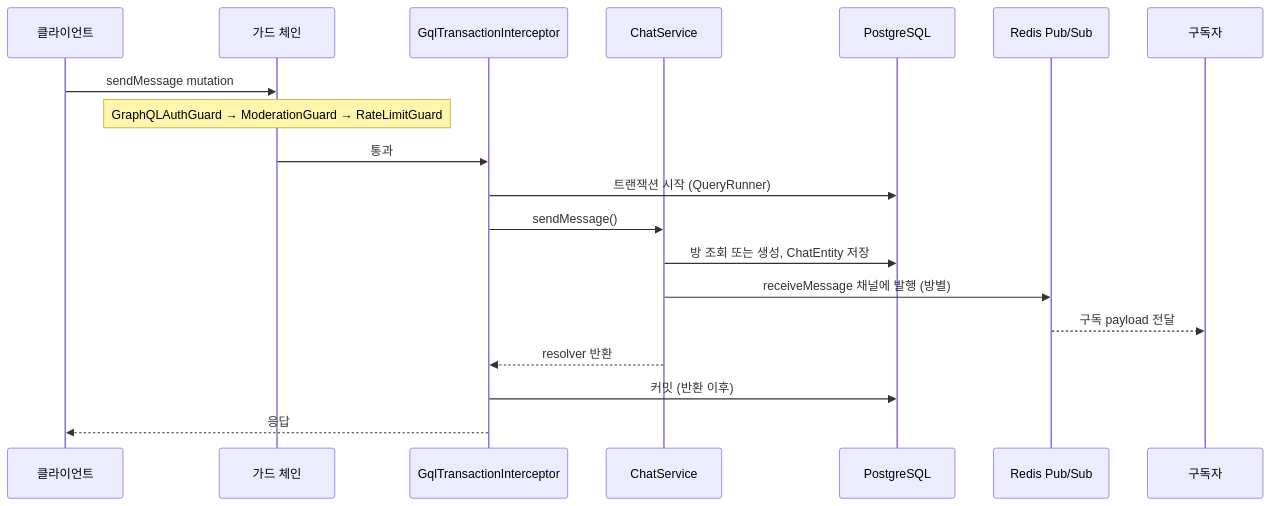
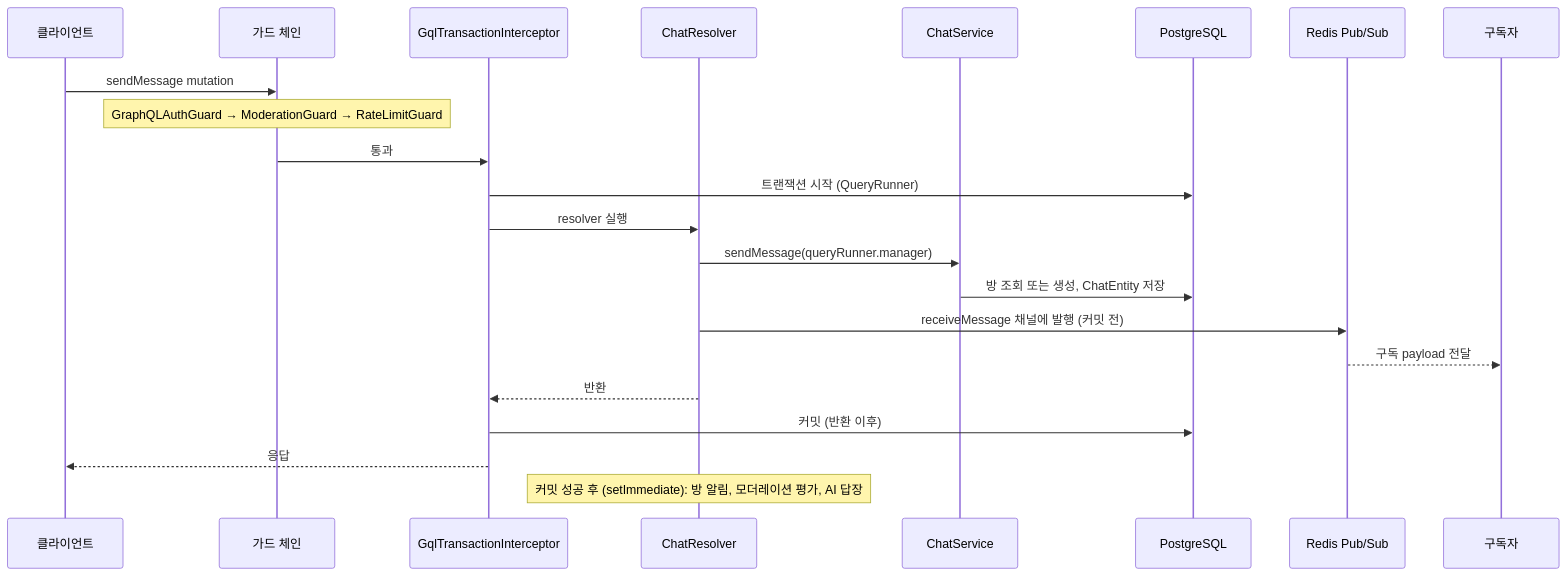
One commit to Bluecode77732/Chat-project changed the second of 2 diagrams in README.ko.md. Above: the diagram before and after it, drawn with Mermaid. The commit also changed other lines of this file and 3 other files, not shown here.

````diff
--- a/README.ko.md
+++ b/README.ko.md
@@ -252,21 +224,24 @@
 ```mermaid
 sequenceDiagram
     participant C as 클라이언트
     participant G as 가드 체인
     participant I as GqlTransactionInterceptor
+    participant RS as ChatResolver
     participant S as ChatService
     participant DB as PostgreSQL
     participant R as Redis Pub/Sub
     participant V as 구독자
     C->>G: sendMessage mutation
     Note over G: GraphQLAuthGuard → ModerationGuard → RateLimitGuard
     G->>I: 통과
     I->>DB: 트랜잭션 시작 (QueryRunner)
-    I->>S: sendMessage()
+    I->>RS: resolver 실행
+    RS->>S: sendMessage(queryRunner.manager)
     S->>DB: 방 조회 또는 생성, ChatEntity 저장
-    S->>R: receiveMessage 채널에 발행 (방별)
+    RS->>R: receiveMessage 채널에 발행 (커밋 전)
     R-->>V: 구독 payload 전달
-    S-->>I: resolver 반환
+    RS-->>I: 반환
     I->>DB: 커밋 (반환 이후)
     I-->>C: 응답
+    Note over RS: 커밋 성공 후 (setImmediate): 방 알림, 모더레이션 평가, AI 답장
 ```
````
